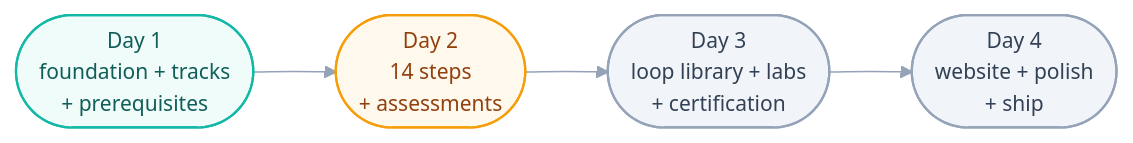
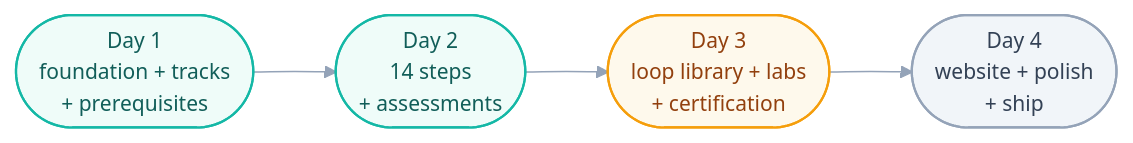
Before and after one commit to ayeshakhalid192007-dev/LoopEngineering-CrashCourse: the diagram in STATE.md, drawn with Mermaid. The commit also changed other lines of this file, not shown here.

Commit message:
STATE.md: Day 2 checkpoint declared - human merged PR #3; next up Day 3

````diff
--- a/STATE.md
+++ b/STATE.md
@@ -10,10 +10,10 @@
 ```mermaid
 %%{init: {'theme':'base','themeVariables':{'fontFamily':'ui-sans-serif, system-ui, sans-serif','fontSize':'14px','lineColor':'#94a3b8'},'flowchart':{'curve':'basis','nodeSpacing':45,'rankSpacing':55,'padding':12}}}%%
 flowchart LR
-    D1(["Day 1<br/>foundation + tracks<br/>+ prerequisites"]):::done --> D2(["Day 2<br/>14 steps<br/>+ assessments"]):::next
-    D2 --> D3(["Day 3<br/>loop library + labs<br/>+ certification"]):::todo
+    D1(["Day 1<br/>foundation + tracks<br/>+ prerequisites"]):::done --> D2(["Day 2<br/>14 steps<br/>+ assessments"]):::done
+    D2 --> D3(["Day 3<br/>loop library + labs<br/>+ certification"]):::next
     D3 --> D4(["Day 4<br/>website + polish<br/>+ ship"]):::todo
     classDef done fill:#effcf9,stroke:#14b8a6,stroke-width:1.5px,color:#115e59;
     classDef next fill:#fef9ec,stroke:#f59e0b,stroke-width:1.5px,color:#92400e;
     classDef todo fill:#f1f5f9,stroke:#94a3b8,stroke-width:1.5px,color:#334155;
 ```
````
